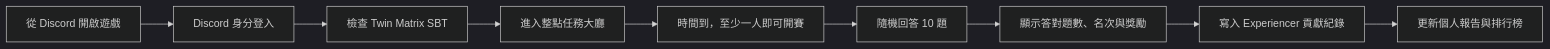
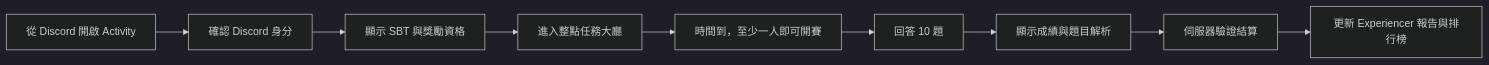
One commit to twin3-ai/twin3-community-mission changed the diagram in docs/COMMUNITY_MISSION_PRODUCT_PLAN_ZH.md. Above: the diagram before and after it, drawn with Mermaid (dark theme). The commit also changed other lines of this file, not shown here.

````diff
--- a/docs/COMMUNITY_MISSION_PRODUCT_PLAN_ZH.md
+++ b/docs/COMMUNITY_MISSION_PRODUCT_PLAN_ZH.md
@@ -59,11 +175,11 @@
 ```mermaid
 flowchart LR
-    A["從 Discord 開啟遊戲"] --> B["Discord 身分登入"]
-    B --> C["檢查 Twin Matrix SBT"]
+    A["從 Discord 開啟 Activity"] --> B["確認 Discord 身分"]
+    B --> C["顯示 SBT 與獎勵資格"]
     C --> D["進入整點任務大廳"]
     D --> E["時間到，至少一人即可開賽"]
-    E --> F["隨機回答 10 題"]
-    F --> G["顯示答對題數、名次與獎勵"]
-    G --> H["寫入 Experiencer 貢獻紀錄"]
-    H --> I["更新個人報告與排行榜"]
+    E --> F["回答 10 題"]
+    F --> G["顯示成績與題目解析"]
+    G --> H["伺服器驗證結算"]
+    H --> I["更新 Experiencer 報告與排行榜"]
 ```
````
